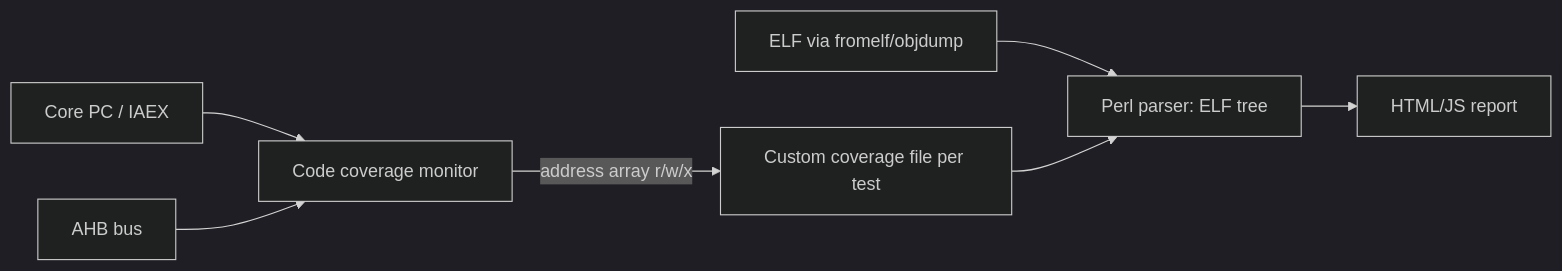
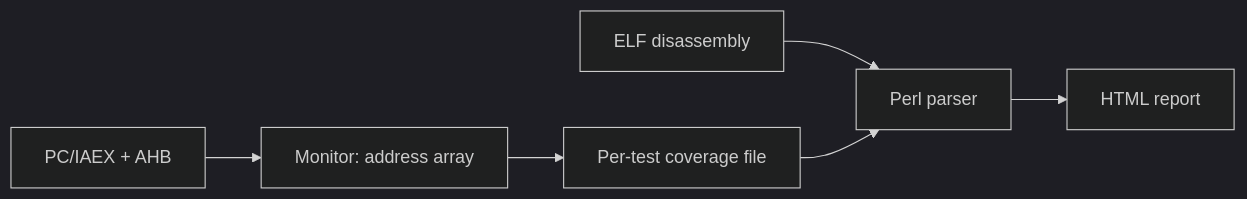
One commit to nemo99007/yt-paper changed the diagram in docs/papers/ref-20261018-9cff-a-metric-driven-methodology-for-firmware-verification-in-sim.md. Above: the diagram before and after it, drawn with Mermaid (dark theme). The commit also changed other lines of this file and 172 other files, not shown here.

````diff
--- a/docs/papers/ref-20261018-9cff-a-metric-driven-methodology-for-firmware-verification-in-sim.md
+++ b/docs/papers/ref-20261018-9cff-a-metric-driven-methodology-for-firmware-verification-in-sim.md
@@ -225,9 +212,8 @@
 ```mermaid
 flowchart LR
-    RTL[Core PC / IAEX] --> M[Code coverage monitor]
-    AHB[AHB bus] --> M
-    M -->|address array r/w/x| F[Custom coverage file per test]
-    ELF[ELF via fromelf/objdump] --> P[Perl parser: ELF tree]
-    F --> P
-    P --> H[HTML/JS report]
+  A[PC/IAEX + AHB] --> B[Monitor: address array]
+  B --> C[Per-test coverage file]
+  D[ELF disassembly] --> E[Perl parser]
+  C --> E
+  E --> F[HTML report]
 ```
````
